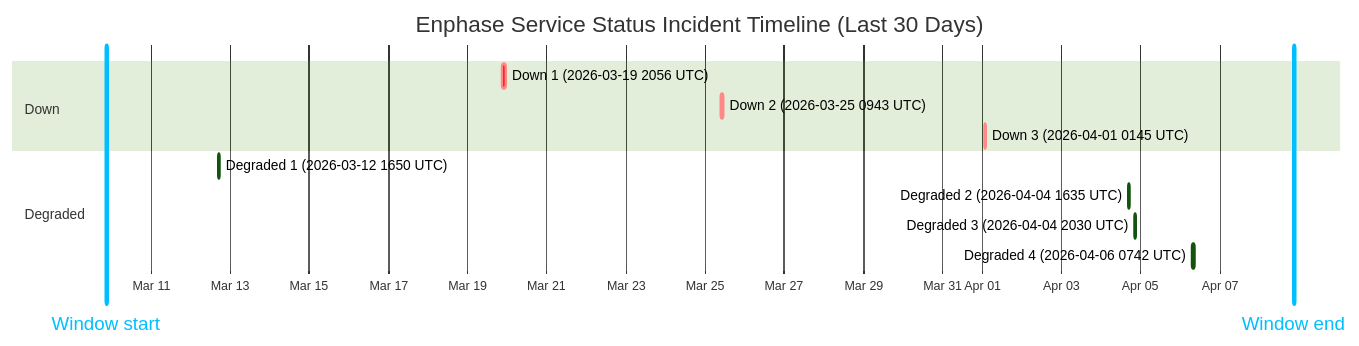
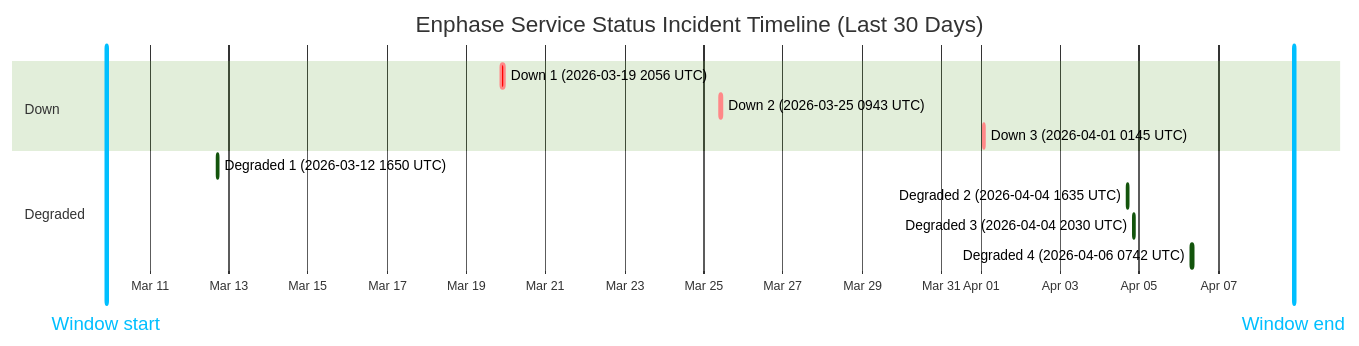
The diagram in wiki/Service-Status-History.md (barneyonline/ha-enphase-ev-charger), drawn with Mermaid (forest theme) before and after one commit. The commit also changed other lines of this file and 3 other files, not shown here.

````diff
--- a/wiki/Service-Status-History.md
+++ b/wiki/Service-Status-History.md
@@ -14,17 +14,17 @@
 ```mermaid
 gantt
     title Enphase Service Status Incident Timeline (Last 30 Days)
     dateFormat  YYYY-MM-DDTHH:mm:ss
     axisFormat  %b %d
-    Window start :vert, window-start, 2026-03-09T20:55:19, 0ms
-    Window end :vert, window-end, 2026-04-08T20:55:19, 0ms
+    Window start :vert, window-start, 2026-03-09T21:40:47, 0ms
+    Window end :vert, window-end, 2026-04-08T21:40:47, 0ms
     section Down
     Down 1 (2026-03-19 2056 UTC) :crit, down-1, 2026-03-19T20:56:20, 145m
     Down 2 (2026-03-25 0943 UTC) :crit, down-2, 2026-03-25T09:43:28, 111m
     Down 3 (2026-04-01 0145 UTC) :crit, down-3, 2026-04-01T01:45:09, 60m
     section Degraded
     Degraded 1 (2026-03-12 1650 UTC) :active, degraded-1, 2026-03-12T16:50:43, 60m
     Degraded 2 (2026-04-04 1635 UTC) :active, degraded-2, 2026-04-04T16:35:17, 60m
     Degraded 3 (2026-04-04 2030 UTC) :active, degraded-3, 2026-04-04T20:30:40, 60m
     Degraded 4 (2026-04-06 0742 UTC) :active, degraded-4, 2026-04-06T07:42:09, 85m
 ```
````
